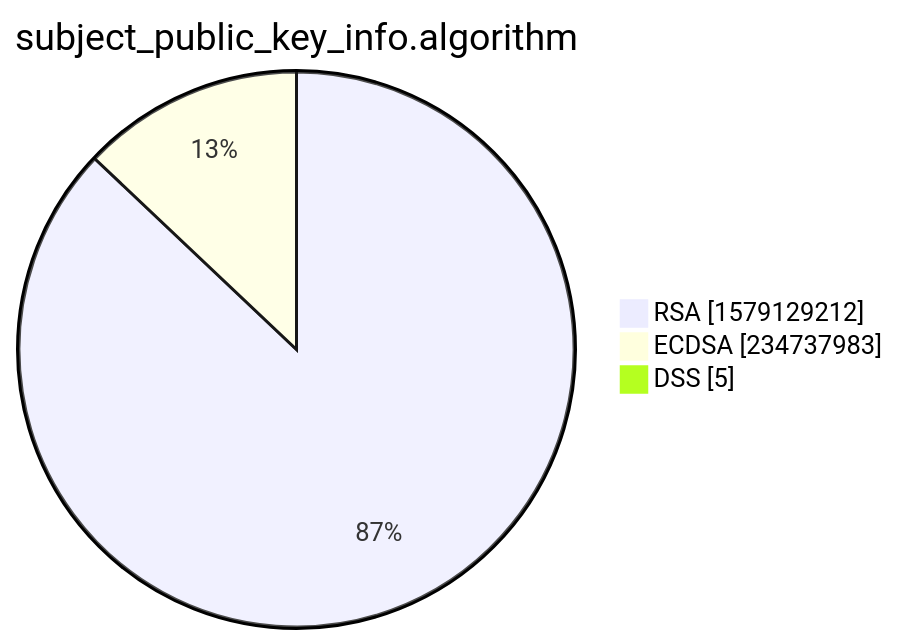
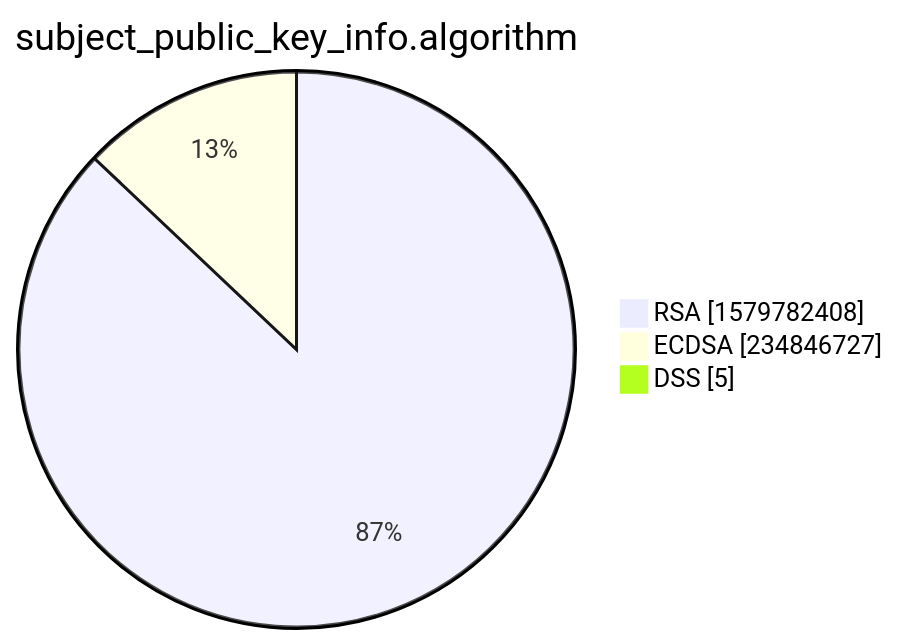
The third of 15 diagrams in xenon2022/README.md (christiankrug/ctmonitor_visualization), drawn with Mermaid before and after one commit. The commit also changed other lines of this file, not shown here.

````diff
--- a/xenon2022/README.md
+++ b/xenon2022/README.md
@@ -14,7 +14,7 @@
 ```mermaid
 pie showData
 title subject_public_key_info.algorithm
-"RSA" :1579129212
-"ECDSA" :234737983
+"RSA" :1579782408
+"ECDSA" :234846727
 "DSS" :5
 ```
````
